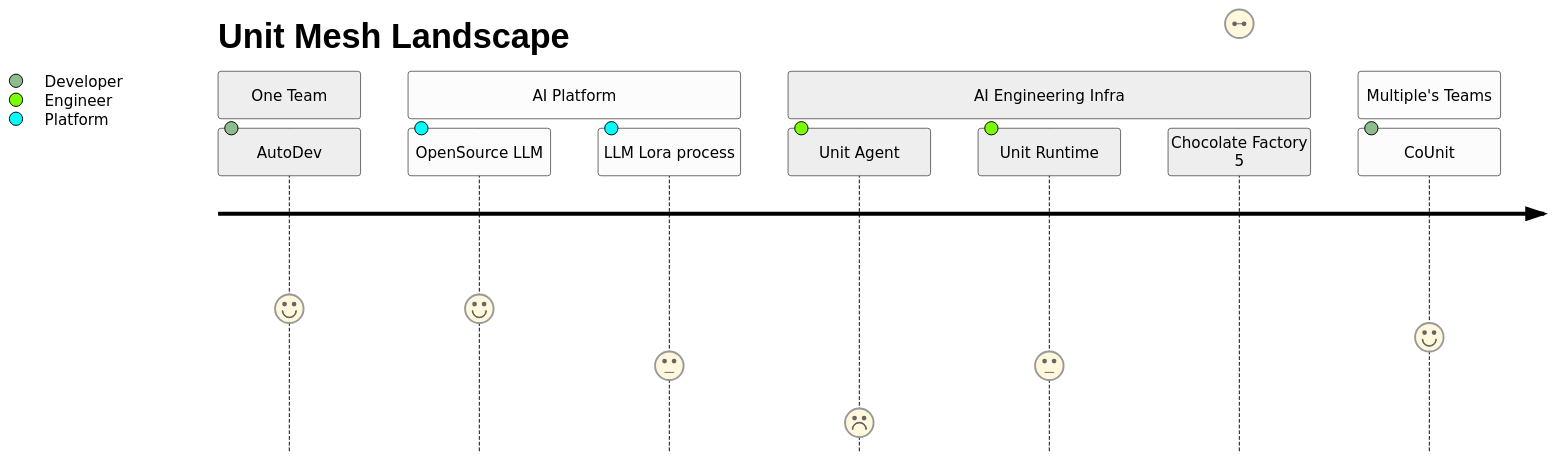
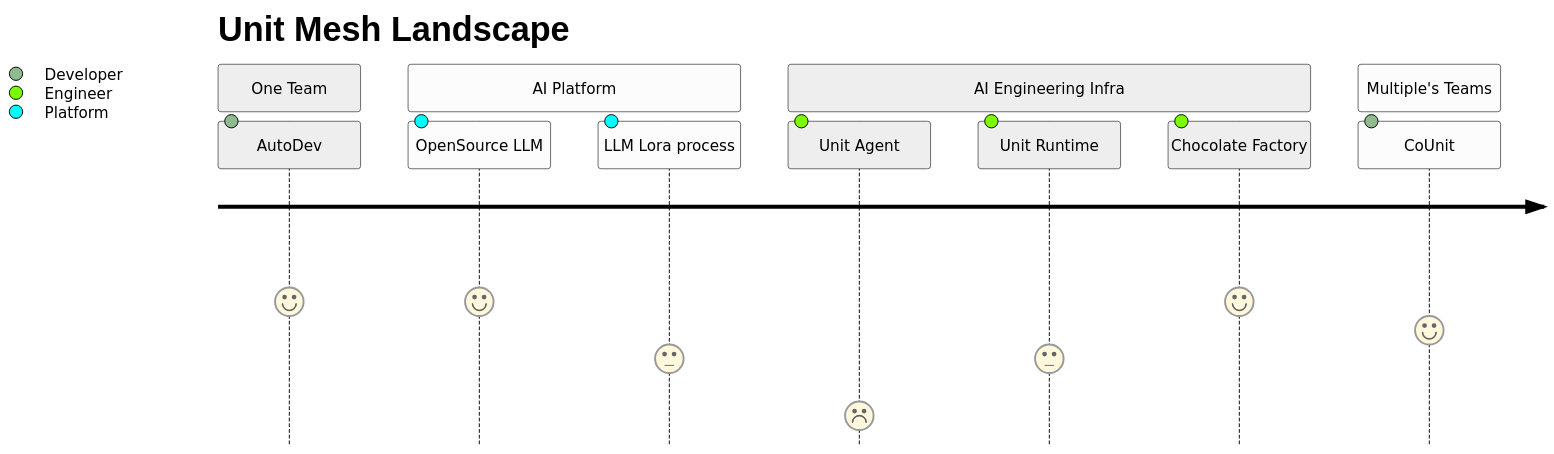
The first of 2 diagrams in profile/README.md (unit-mesh/.github), drawn with Mermaid (neutral theme) before and after one commit.

````diff
--- a/profile/README.md
+++ b/profile/README.md
@@ -18,15 +18,15 @@
 ```mermaid
 journey
     title Unit Mesh Landscape
     section One Team
       AutoDev: 5: Developer
     section AI Platform
       OpenSource LLM: 5: Platform
       LLM Lora process: 3: Platform
     section AI Engineering Infra
       Unit Agent: 1: Engineer    
       Unit Runtime: 3: Engineer
-      Chocolate Factory 5: Engineer
+      Chocolate Factory: 5: Engineer
     section Multiple's Teams
       CoUnit: 4: Developer
 ```
````
